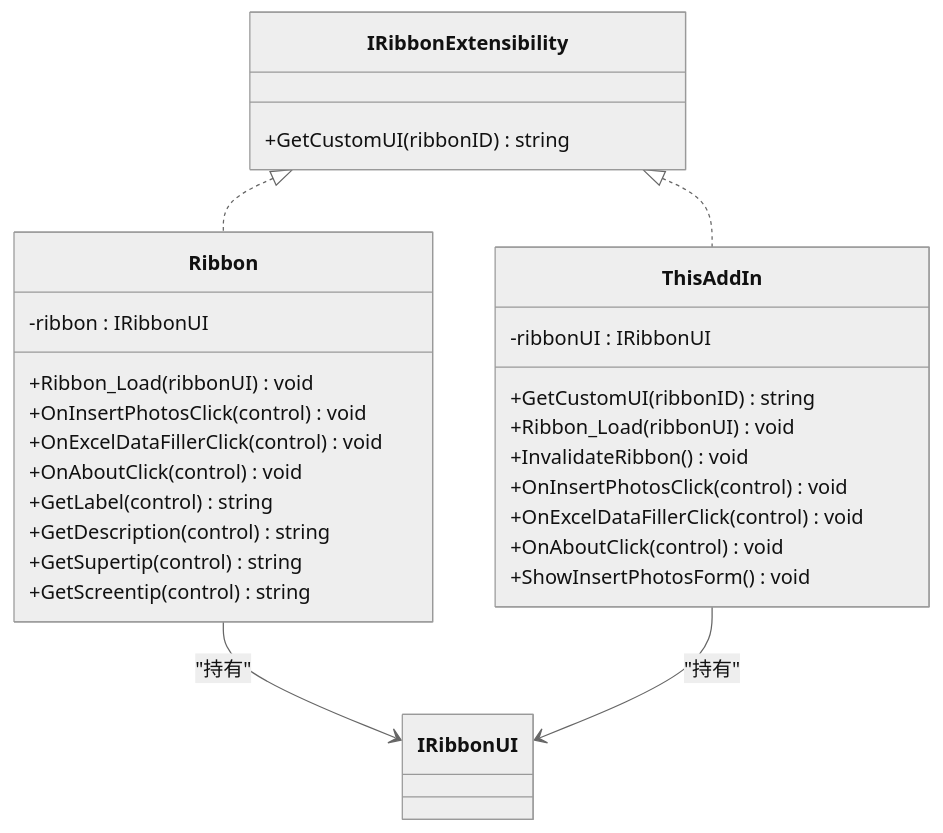
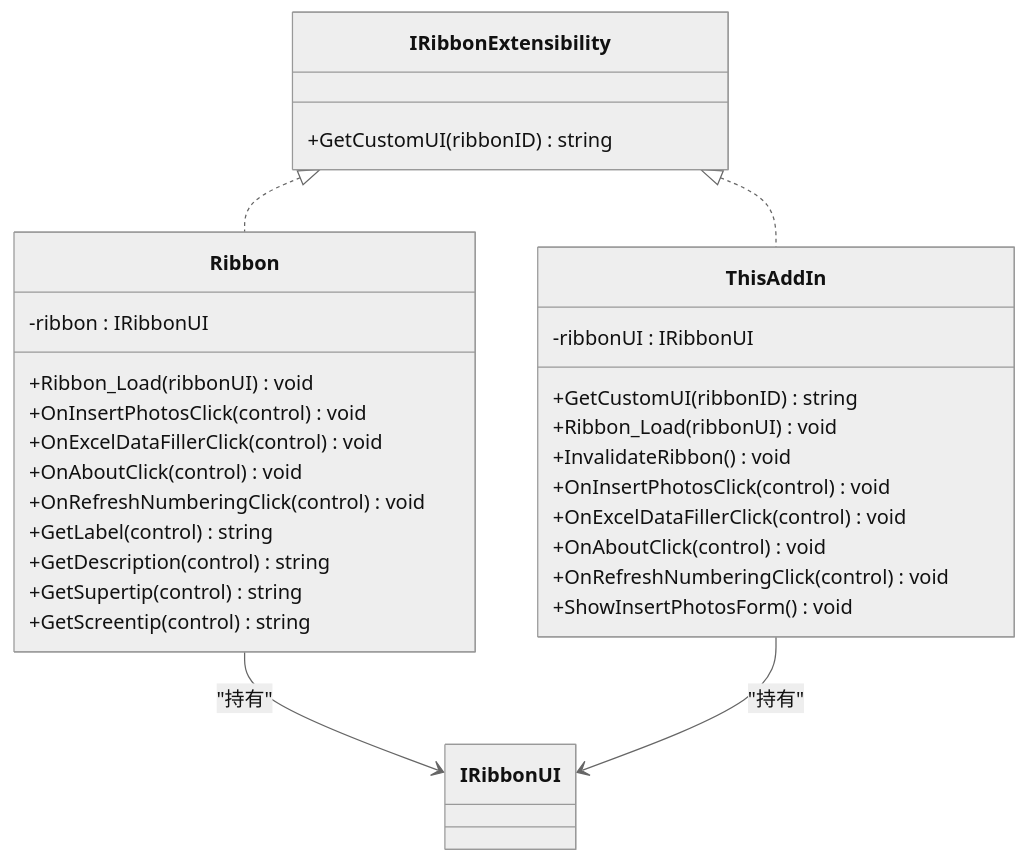
Before and after one commit to rainiva/WordTools: the third of 10 diagrams in .qoder/repowiki/zh/content/界面组件/界面组件.md, drawn with Mermaid (neutral theme). The commit also changed other lines of this file and 8 other files, not shown here.

Commit message:
perf: 大表格插图性能优化-清理编号与计算起始号瓶颈修复+诊断计时

````diff
--- a/.qoder/repowiki/zh/content/界面组件/界面组件.md
+++ b/.qoder/repowiki/zh/content/界面组件/界面组件.md
@@ -137,31 +152,33 @@
 ```mermaid
 classDiagram
 class IRibbonExtensibility {
 +GetCustomUI(ribbonID) string
 }
 class Ribbon {
 -ribbon : IRibbonUI
 +Ribbon_Load(ribbonUI) void
 +OnInsertPhotosClick(control) void
 +OnExcelDataFillerClick(control) void
 +OnAboutClick(control) void
++OnRefreshNumberingClick(control) void
 +GetLabel(control) string
 +GetDescription(control) string
 +GetSupertip(control) string
 +GetScreentip(control) string
 }
 class ThisAddIn {
 -ribbonUI : IRibbonUI
 +GetCustomUI(ribbonID) string
 +Ribbon_Load(ribbonUI) void
 +InvalidateRibbon() void
 +OnInsertPhotosClick(control) void
 +OnExcelDataFillerClick(control) void
 +OnAboutClick(control) void
++OnRefreshNumberingClick(control) void
 +ShowInsertPhotosForm() void
 }
 IRibbonExtensibility <|.. Ribbon
 IRibbonExtensibility <|.. ThisAddIn
 Ribbon --> IRibbonUI : "持有"
 ThisAddIn --> IRibbonUI : "持有"
 ```
````
